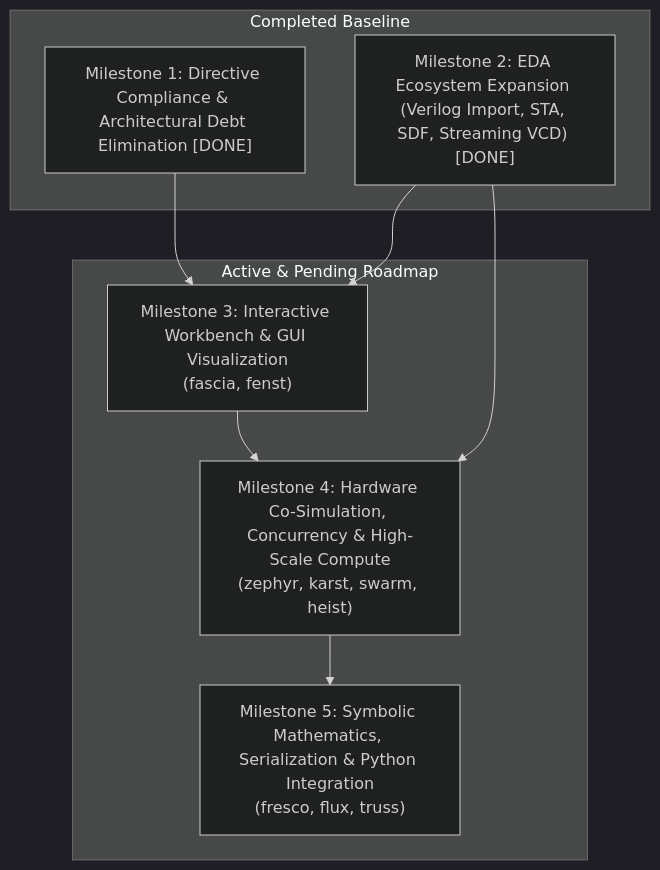
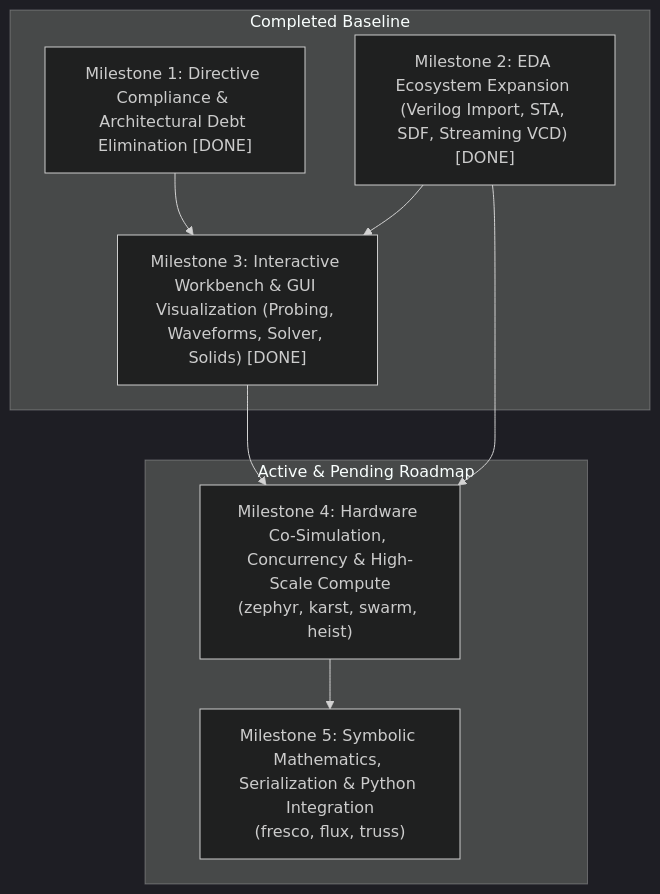
The diagram in wiki/plans/master-engineering-plan.md (jswarup/Trellis), drawn with Mermaid (dark theme) before and after one commit. The commit also changed other lines of this file and 12 other files, not shown here.

Commit message:
feat(fascia, fenst, fleck): complete Milestone 3 (schematic probing, bus waveforms, constraint solver, 3D sweep/loft/CSG)

````diff
--- a/wiki/plans/master-engineering-plan.md
+++ b/wiki/plans/master-engineering-plan.md
@@ -41,19 +42,19 @@
 ```mermaid
 flowchart TD
     subgraph Completed["Completed Baseline"]
         M1["Milestone 1: Directive Compliance & Architectural Debt Elimination [DONE]"]
         M2["Milestone 2: EDA Ecosystem Expansion (Verilog Import, STA, SDF, Streaming VCD) [DONE]"]
+        M3["Milestone 3: Interactive Workbench & GUI Visualization (Probing, Waveforms, Solver, Solids) [DONE]"]
     end
 
     subgraph Active["Active & Pending Roadmap"]
-        M3["Milestone 3: Interactive Workbench & GUI Visualization\n(fascia, fenst)"]
         M4["Milestone 4: Hardware Co-Simulation, Concurrency & High-Scale Compute\n(zephyr, karst, swarm, heist)"]
         M5["Milestone 5: Symbolic Mathematics, Serialization & Python Integration\n(fresco, flux, truss)"]
     end
 
     M1 --> M3
     M2 --> M3
     M2 --> M4
     M3 --> M4
     M4 --> M5
 ```
````
